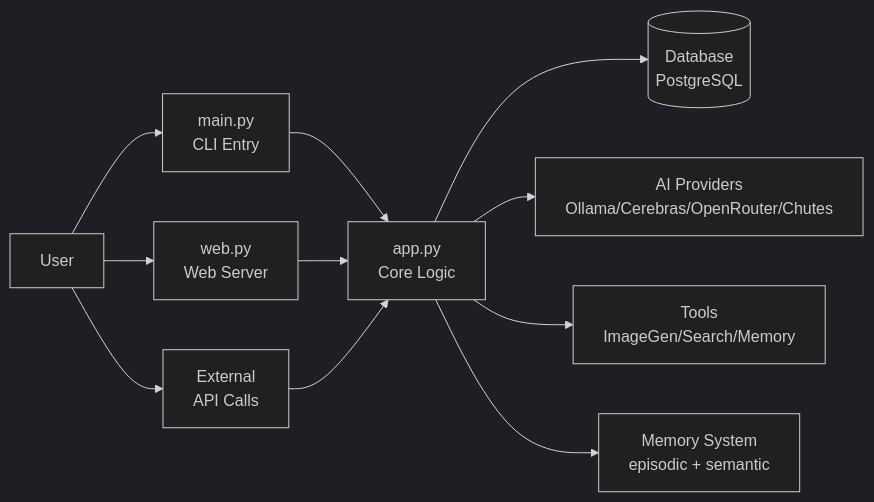
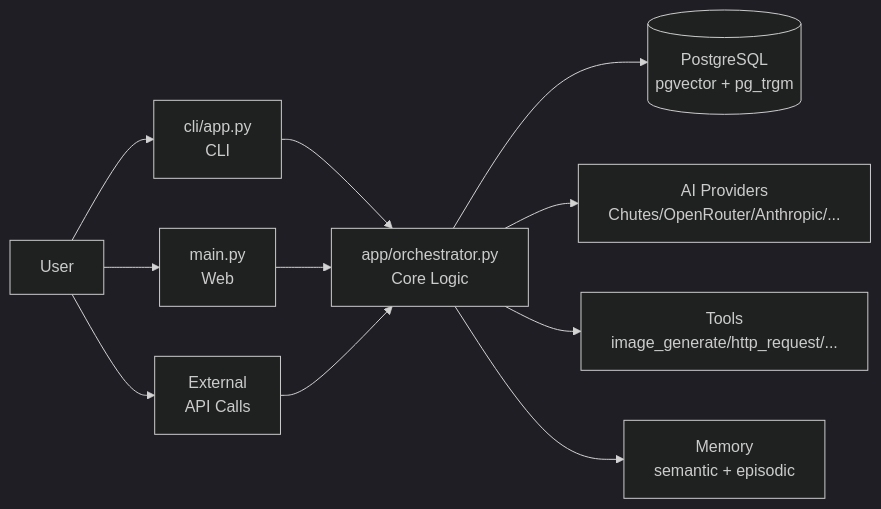
One commit to icedeyes12/yuzu-core changed the first of 7 diagrams in app/README.md. Above: the diagram before and after it, drawn with Mermaid (dark theme). The commit also changed other lines of this file and 1 other file, not shown here.

Commit message:
docs: rewrite AGENTS.md and app/README.md from codebase audit

````diff
--- a/app/README.md
+++ b/app/README.md
@@ -41,15 +44,15 @@
 ```mermaid
 graph LR
-    A[User] --> B[main.py<br/>CLI Entry]
-    A --> C[web.py<br/>Web Server]
+    A[User] --> B[cli/app.py<br/>CLI]
+    A --> C[main.py<br/>Web]
     A --> D[External<br/>API Calls]
 
-    B --> E[app.py<br/>Core Logic]
+    B --> E[app/orchestrator.py<br/>Core Logic]
     C --> E
     D --> E
 
-    E --> F[(Database<br/>PostgreSQL)]
-    E --> G[AI Providers<br/>Ollama/Cerebras/OpenRouter/Chutes]
-    E --> H[Tools<br/>ImageGen/Search/Memory]
-    E --> I[Memory System<br/>episodic + semantic]
+    E --> F[(PostgreSQL<br/>pgvector + pg_trgm)]
+    E --> G[AI Providers<br/>Chutes/OpenRouter/Anthropic/...]
+    E --> H[Tools<br/>image_generate/http_request/...]
+    E --> I[Memory<br/>semantic + episodic]
 ```
````
